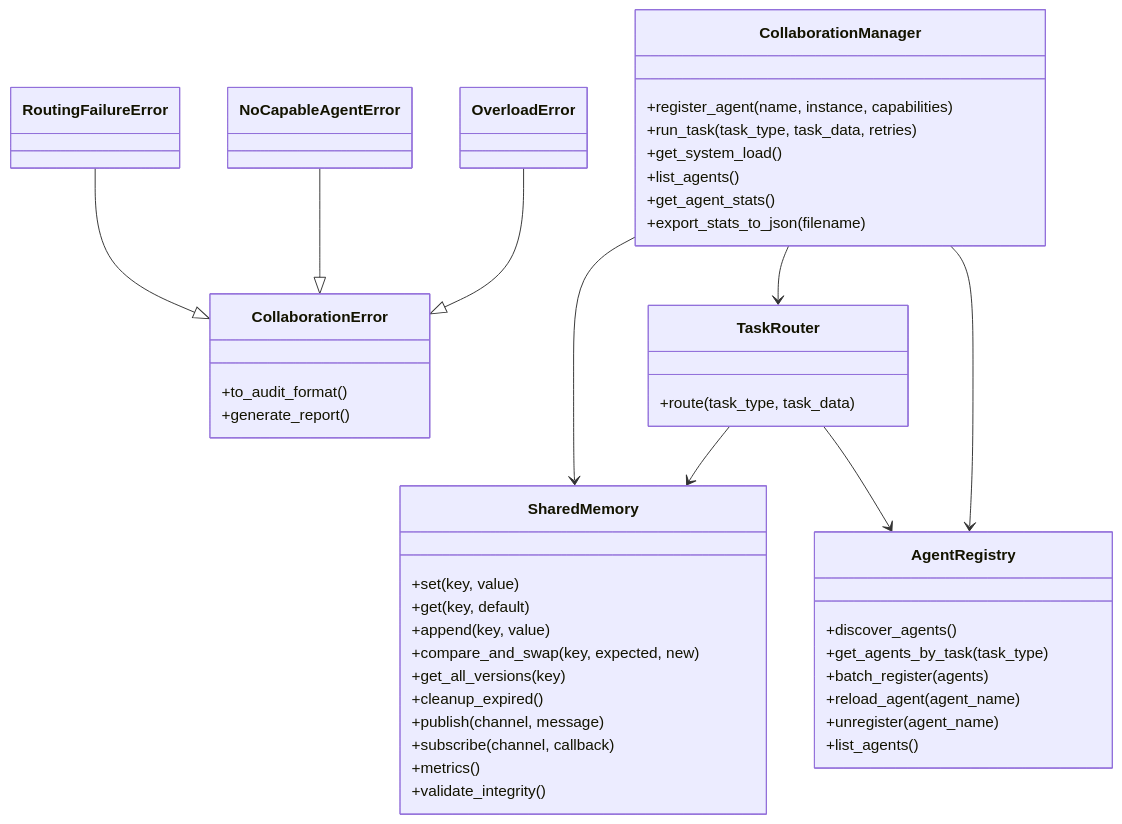
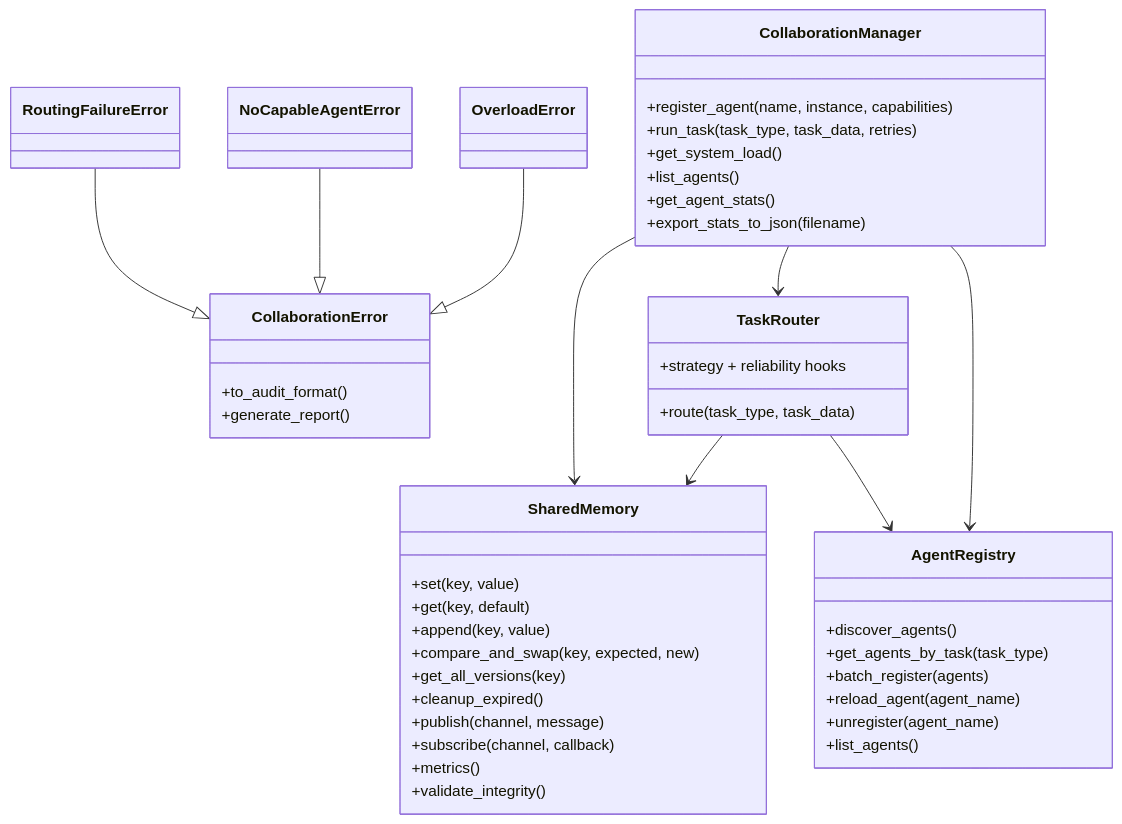
One commit to The-Outsider-97/SLAI changed the second of 2 diagrams in src/agents/collaborative/README.md. Above: the diagram before and after it, drawn with Mermaid. The commit also changed other lines of this file, not shown here.

````diff
--- a/src/agents/collaborative/README.md
+++ b/src/agents/collaborative/README.md
@@ -41,55 +45,56 @@
 ```mermaid
 classDiagram
     class CollaborationManager {
       +register_agent(name, instance, capabilities)
       +run_task(task_type, task_data, retries)
       +get_system_load()
       +list_agents()
       +get_agent_stats()
       +export_stats_to_json(filename)
     }
 
     class AgentRegistry {
       +discover_agents()
       +get_agents_by_task(task_type)
       +batch_register(agents)
       +reload_agent(agent_name)
       +unregister(agent_name)
       +list_agents()
     }
 
     class TaskRouter {
       +route(task_type, task_data)
+      +strategy + reliability hooks
     }
 
     class SharedMemory {
       +set(key, value)
       +get(key, default)
       +append(key, value)
       +compare_and_swap(key, expected, new)
       +get_all_versions(key)
       +cleanup_expired()
       +publish(channel, message)
       +subscribe(channel, callback)
       +metrics()
       +validate_integrity()
     }
 
     class CollaborationError {
       +to_audit_format()
       +generate_report()
     }
 
     class OverloadError
     class NoCapableAgentError
     class RoutingFailureError
 
     CollaborationManager --> AgentRegistry
     CollaborationManager --> TaskRouter
     CollaborationManager --> SharedMemory
     TaskRouter --> AgentRegistry
     TaskRouter --> SharedMemory
     OverloadError --|> CollaborationError
     NoCapableAgentError --|> CollaborationError
     RoutingFailureError --|> CollaborationError
 ```
````
